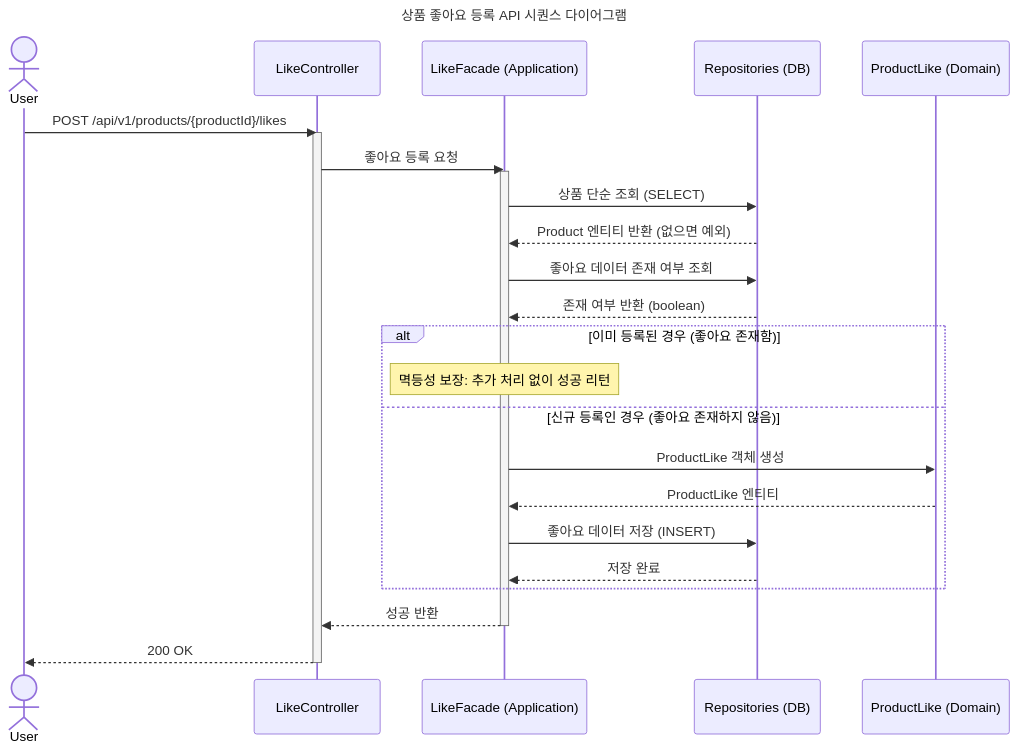
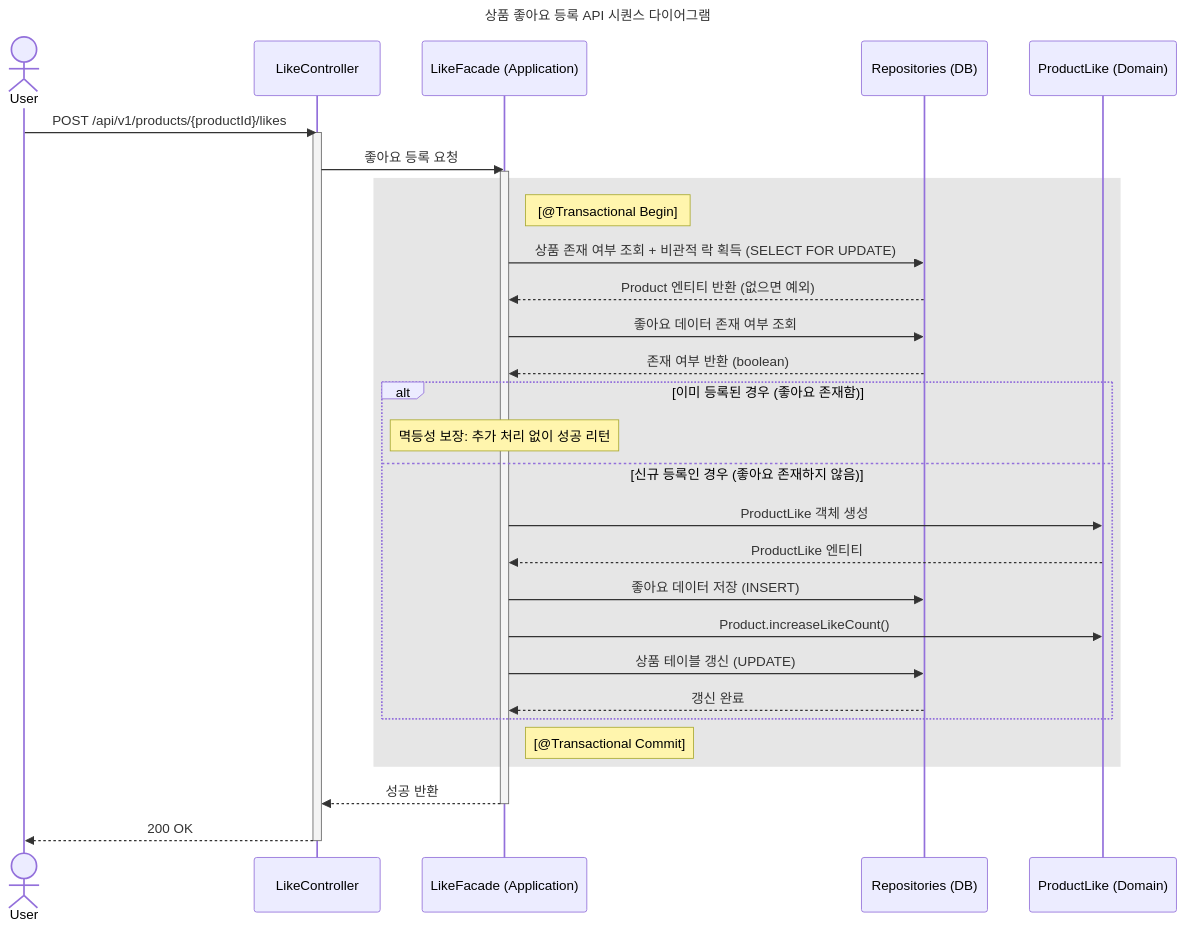
One commit to loopers-labs/loop-pack-be-l2-vol4-java changed the second of 5 diagrams in docs/week2/02-sequence-diagrams.md. Above: the diagram before and after it, drawn with Mermaid. The commit also changed other lines of this file and 3 other files, not shown here.

````diff
--- a/docs/week2/02-sequence-diagrams.md
+++ b/docs/week2/02-sequence-diagrams.md
@@ -61,36 +61,44 @@
 ```mermaid
 sequenceDiagram
     title 상품 좋아요 등록 API 시퀀스 다이어그램
     actor User
     participant Controller as LikeController
     participant Facade as LikeFacade (Application)
     participant Repo as Repositories (DB)
     participant Domain as ProductLike (Domain)
 
     User->>Controller: POST /api/v1/products/{productId}/likes
     activate Controller
 
     Controller->>Facade: 좋아요 등록 요청
     activate Facade
 
-    Facade->>Repo: 상품 단순 조회 (SELECT)
-    Repo-->>Facade: Product 엔티티 반환 (없으면 예외)
+    rect rgba(128, 128, 128, 0.2)
+        Note right of Facade: [@Transactional Begin]
 
-    Facade->>Repo: 좋아요 데이터 존재 여부 조회
-    Repo-->>Facade: 존재 여부 반환 (boolean)
+        Facade->>Repo: 상품 존재 여부 조회 + 비관적 락 획득 (SELECT FOR UPDATE)
+        Repo-->>Facade: Product 엔티티 반환 (없으면 예외)
 
-    alt 이미 등록된 경우 (좋아요 존재함)
-        Note over Facade: 멱등성 보장: 추가 처리 없이 성공 리턴
-    else 신규 등록인 경우 (좋아요 존재하지 않음)
-        Facade->>Domain: ProductLike 객체 생성
-        Domain-->>Facade: ProductLike 엔티티
-        Facade->>Repo: 좋아요 데이터 저장 (INSERT)
-        Repo-->>Facade: 저장 완료
+        Facade->>Repo: 좋아요 데이터 존재 여부 조회
+        Repo-->>Facade: 존재 여부 반환 (boolean)
+
+        alt 이미 등록된 경우 (좋아요 존재함)
+            Note over Facade: 멱등성 보장: 추가 처리 없이 성공 리턴
+        else 신규 등록인 경우 (좋아요 존재하지 않음)
+            Facade->>Domain: ProductLike 객체 생성
+            Domain-->>Facade: ProductLike 엔티티
+            Facade->>Repo: 좋아요 데이터 저장 (INSERT)
+            
+            Facade->>Domain: Product.increaseLikeCount()
+            Facade->>Repo: 상품 테이블 갱신 (UPDATE)
+            Repo-->>Facade: 갱신 완료
+        end
+        Note right of Facade: [@Transactional Commit]
     end
 
     Facade-->>Controller: 성공 반환
     deactivate Facade
 
     Controller-->>User: 200 OK
     deactivate Controller
 ```
````
